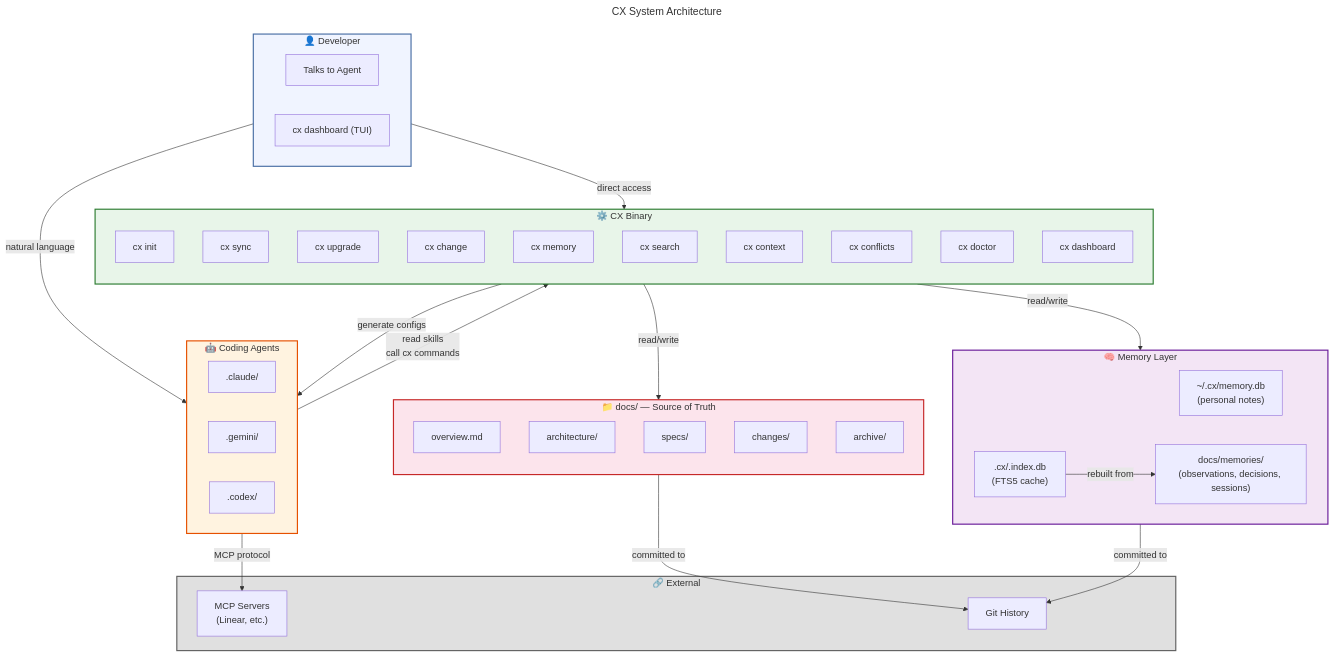
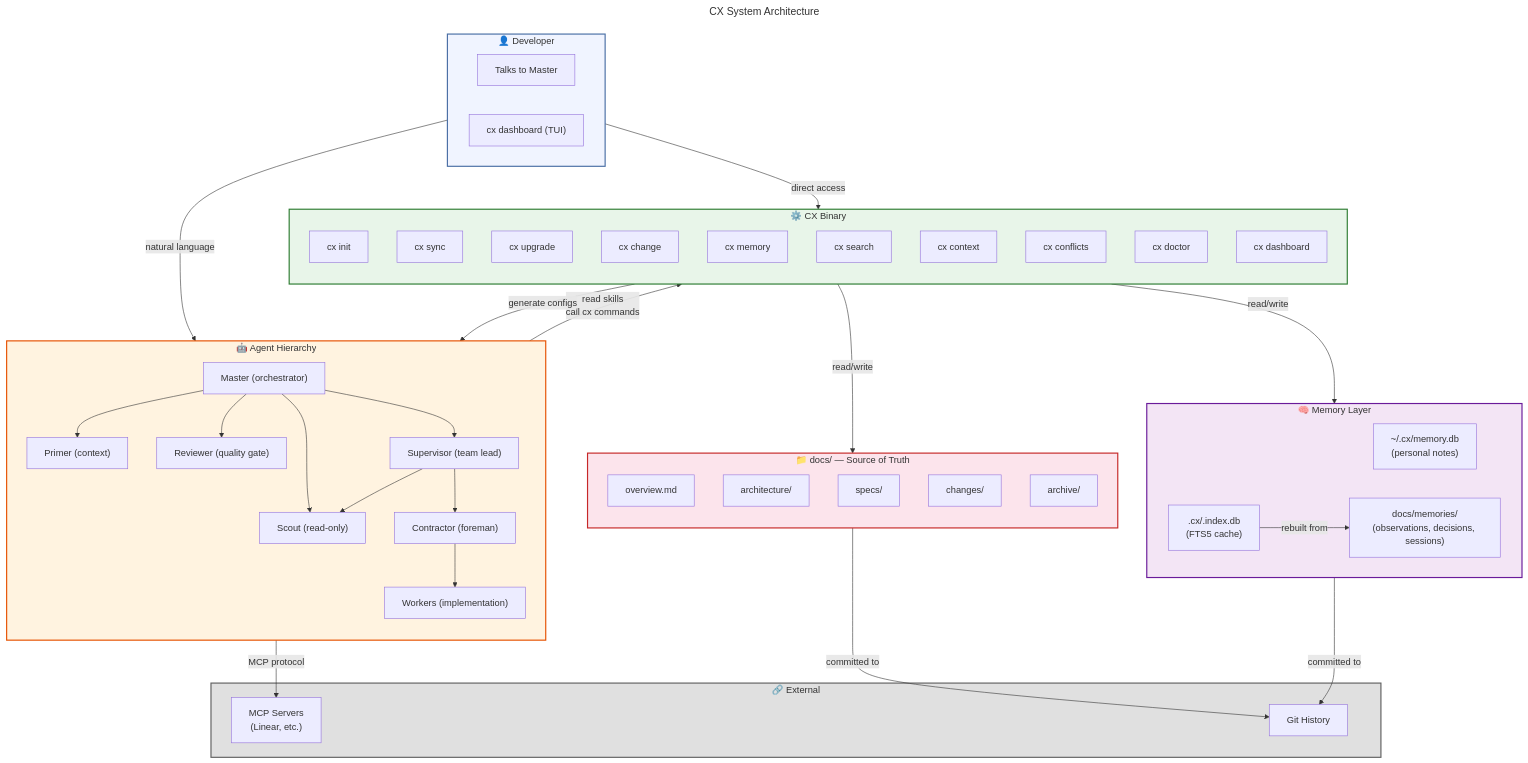
Before and after one commit to AngelMaldonado/cx: the diagram in docs/architecture/diagrams/01-system-architecture.mermaid, drawn with Mermaid. The commit also changed 63 other files, not shown here.

```diff
--- a/docs/architecture/diagrams/01-system-architecture.mermaid
+++ b/docs/architecture/diagrams/01-system-architecture.mermaid
@@ -1,69 +1,80 @@
 ---
 title: "CX System Architecture"
 ---
 graph TB
     subgraph DEV["👤 Developer"]
         direction LR
-        D1["Talks to Agent"]
+        D1["Talks to Master"]
         D2["cx dashboard (TUI)"]
     end
 
-    subgraph AGENTS["🤖 Coding Agents"]
-        direction LR
-        Claude[".claude/"]
-        Gemini[".gemini/"]
-        Codex[".codex/"]
+    subgraph AGENTS["🤖 Agent Hierarchy"]
+        direction TB
+        Master["Master (orchestrator)"]
+        Primer["Primer (context)"]
+        Reviewer["Reviewer (quality gate)"]
+        Scout["Scout (read-only)"]
+        Supervisor["Supervisor (team lead)"]
+        Contractor["Contractor (foreman)"]
+        Workers["Workers (implementation)"]
+        Master --> Primer
+        Master --> Reviewer
+        Master --> Scout
+        Master --> Supervisor
+        Supervisor --> Scout
+        Supervisor --> Contractor
+        Contractor --> Workers
     end
 
     subgraph CX["⚙️ CX Binary"]
         direction TB
         Init["cx init"]
         Sync["cx sync"]
         Upgrade["cx upgrade"]
         Change["cx change"]
         Memory["cx memory"]
         Search["cx search"]
         Context["cx context"]
         Conflicts["cx conflicts"]
         Doctor["cx doctor"]
         Dashboard["cx dashboard"]
     end
 
     subgraph DOCS["📁 docs/ — Source of Truth"]
         direction TB
         Overview["overview.md"]
         Arch["architecture/"]
         Specs["specs/"]
         Changes["changes/"]
         Archive["archive/"]
     end
 
     subgraph MEM["🧠 Memory Layer"]
         direction LR
         LocalDB["~/.cx/memory.db\n(personal notes)"]
         ProjectMem["docs/memories/\n(observations, decisions, sessions)"]
         IndexCache[".cx/.index.db\n(FTS5 cache)"]
     end
 
     subgraph EXT["🔗 External"]
         MCP["MCP Servers\n(Linear, etc.)"]
         Git["Git History"]
     end
 
-    DEV -->|"natural language"| AGENTS
+    DEV -->|"natural language"| Master
     DEV -->|"direct access"| Dashboard
     AGENTS -->|"read skills\ncall cx commands"| CX
-    AGENTS -->|"MCP protocol"| MCP
+    Master -->|"MCP protocol"| MCP
     CX -->|"read/write"| DOCS
     CX -->|"read/write"| MEM
     CX -->|"generate configs"| AGENTS
     ProjectMem -->|"committed to"| Git
     DOCS -->|"committed to"| Git
     IndexCache -->|"rebuilt from"| ProjectMem
 
     style DEV fill:#f0f4ff,stroke:#4a6fa5,stroke-width:2px
     style AGENTS fill:#fff3e0,stroke:#e65100,stroke-width:2px
     style CX fill:#e8f5e9,stroke:#2e7d32,stroke-width:2px
     style DOCS fill:#fce4ec,stroke:#c62828,stroke-width:2px
     style MEM fill:#f3e5f5,stroke:#6a1b9a,stroke-width:2px
     style EXT fill:#e0e0e0,stroke:#616161,stroke-width:2px
```
